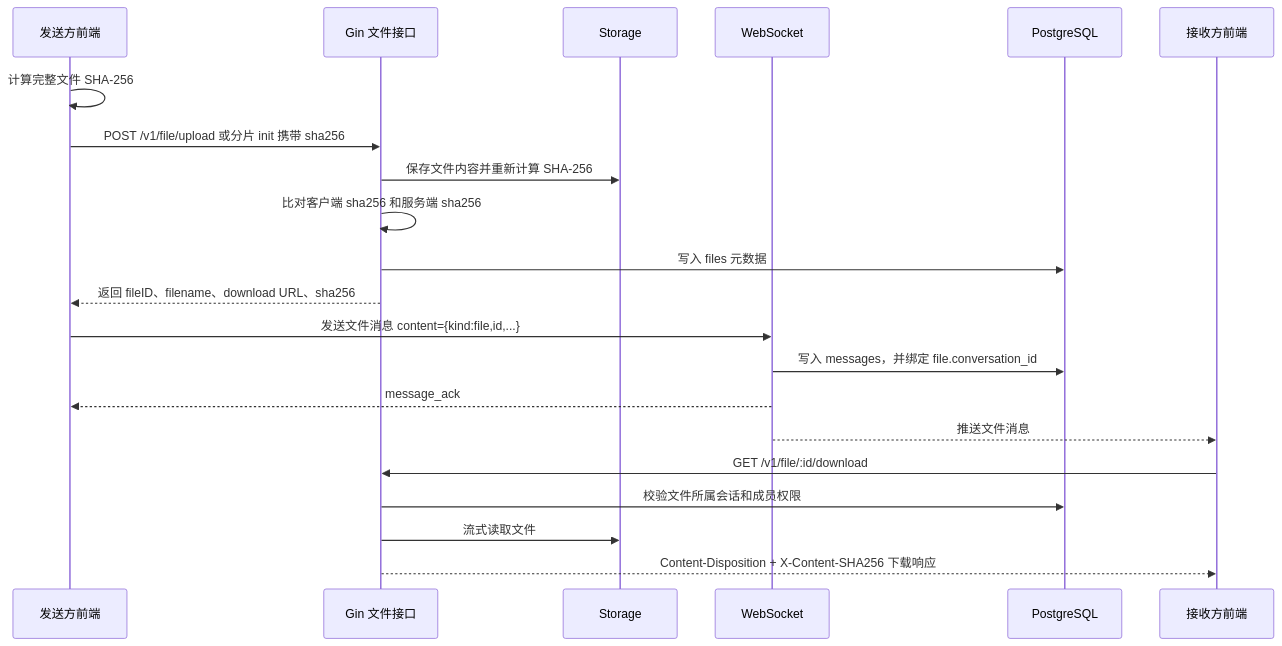
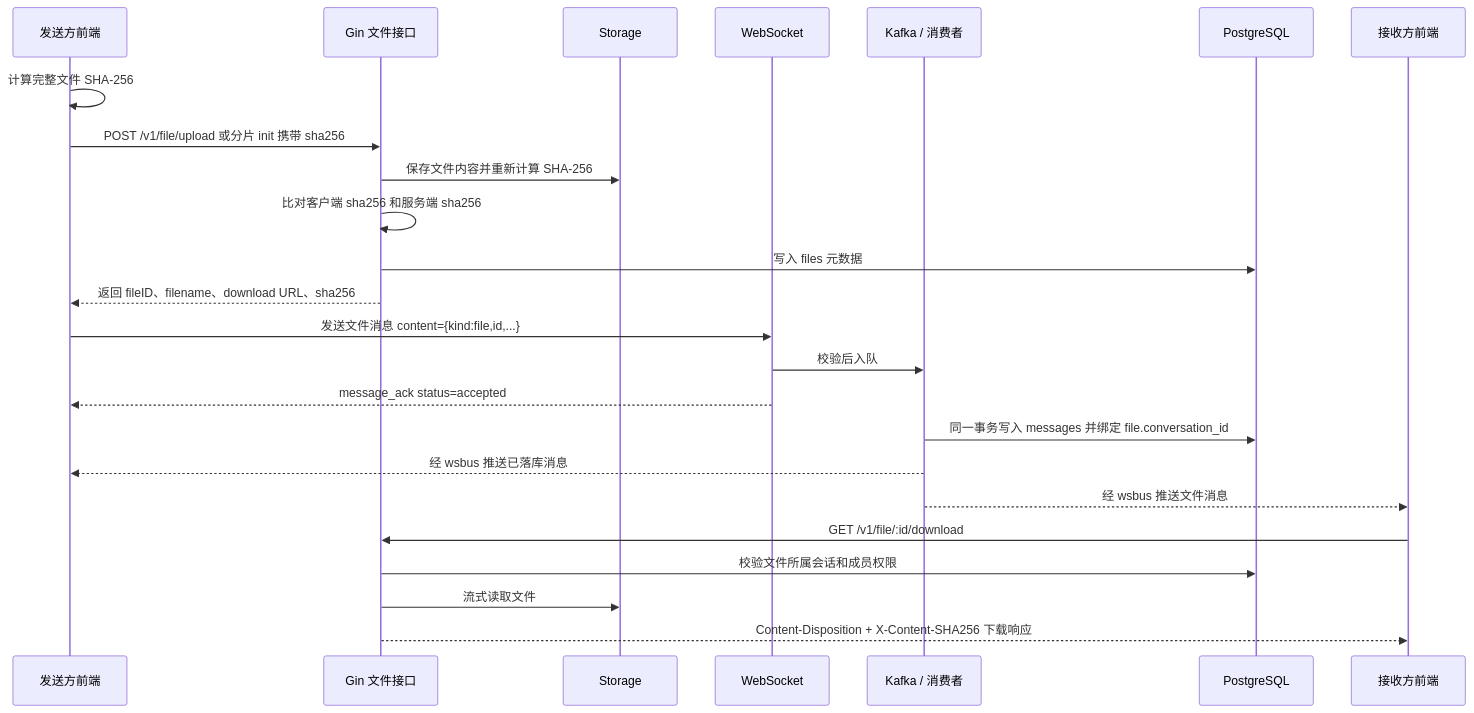
The second of 4 diagrams in README.md (Wh1teCaat/go-chat), drawn with Mermaid before and after one commit. The commit also changed other lines of this file and 15 other files, not shown here.

````diff
--- a/README.md
+++ b/README.md
@@ -153,24 +176,27 @@
 ```mermaid
 sequenceDiagram
     participant A as 发送方前端
     participant API as Gin 文件接口
     participant FS as Storage
     participant WS as WebSocket
+    participant Q as Kafka / 消费者
     participant DB as PostgreSQL
     participant B as 接收方前端
 
     A->>A: 计算完整文件 SHA-256
     A->>API: POST /v1/file/upload 或分片 init 携带 sha256
     API->>FS: 保存文件内容并重新计算 SHA-256
     API->>API: 比对客户端 sha256 和服务端 sha256
     API->>DB: 写入 files 元数据
     API-->>A: 返回 fileID、filename、download URL、sha256
     A->>WS: 发送文件消息 content={kind:file,id,...}
-    WS->>DB: 写入 messages，并绑定 file.conversation_id
-    WS-->>A: message_ack
-    WS-->>B: 推送文件消息
+    WS->>Q: 校验后入队
+    WS-->>A: message_ack status=accepted
+    Q->>DB: 同一事务写入 messages 并绑定 file.conversation_id
+    Q-->>A: 经 wsbus 推送已落库消息
+    Q-->>B: 经 wsbus 推送文件消息
     B->>API: GET /v1/file/:id/download
     API->>DB: 校验文件所属会话和成员权限
     API->>FS: 流式读取文件
     API-->>B: Content-Disposition + X-Content-SHA256 下载响应
 ```
````
